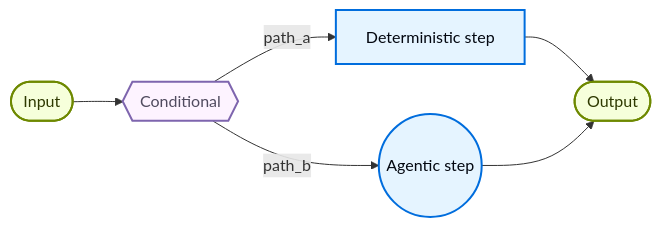
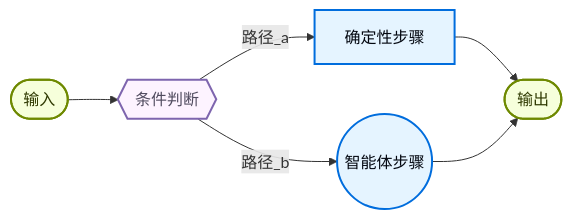
One commit to kunfan96/cndocs-langchain changed the first of 2 diagrams in oss/javascript/langchain/multi-agent/custom-workflow.mdx. Above: the diagram before and after it, drawn with Mermaid. The commit also changed other lines of this file and 2498 other files, not shown here.

````diff
--- a/oss/javascript/langchain/multi-agent/custom-workflow.mdx
+++ b/oss/javascript/langchain/multi-agent/custom-workflow.mdx
@@ -7,16 +7,16 @@
 ```mermaid
 graph LR
-    A([Input]) --> B{{Conditional}}
-    B -->|path_a| C[Deterministic step]
-    B -->|path_b| D((Agentic step))
-    C --> G([Output])
-    D --> G([Output])
+    A([输入]) --> B{{条件判断}}
+    B -->|路径_a| C[确定性步骤]
+    B -->|路径_b| D((智能体步骤))
+    C --> G([输出])
+    D --> G([输出])
 
     classDef trigger fill:#F6FFDB,stroke:#6E8900,stroke-width:2px,color:#2E3900
     classDef process fill:#E5F4FF,stroke:#006DDD,stroke-width:2px,color:#030710
     classDef decision fill:#FDF3FF,stroke:#7E65AE,stroke-width:2px,color:#504B5F
 
     class A,G trigger
     class C,D process
     class B decision
 ```
````
